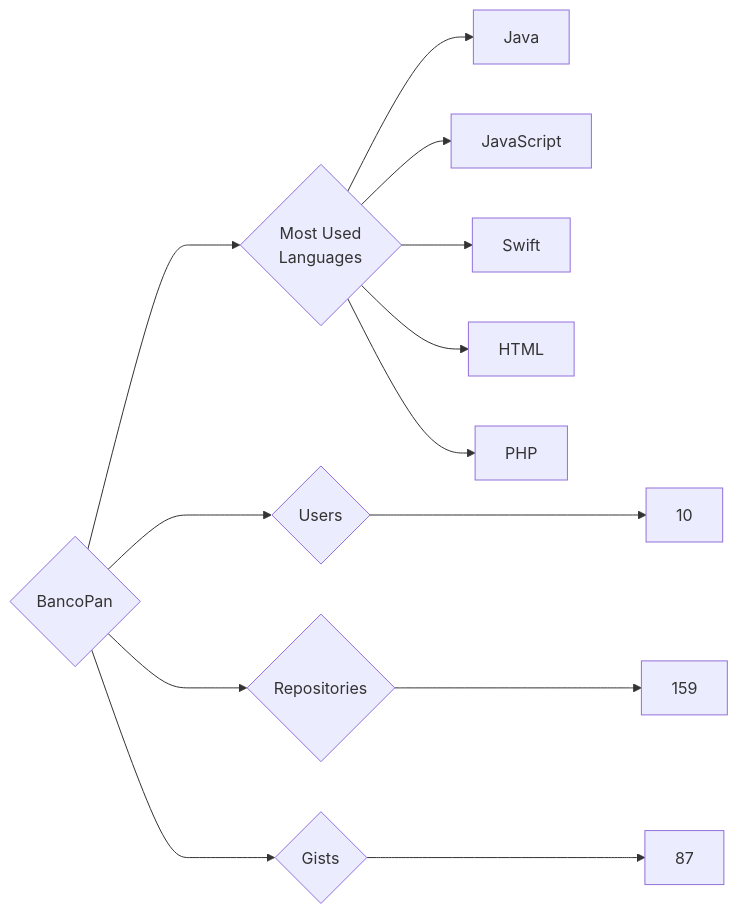
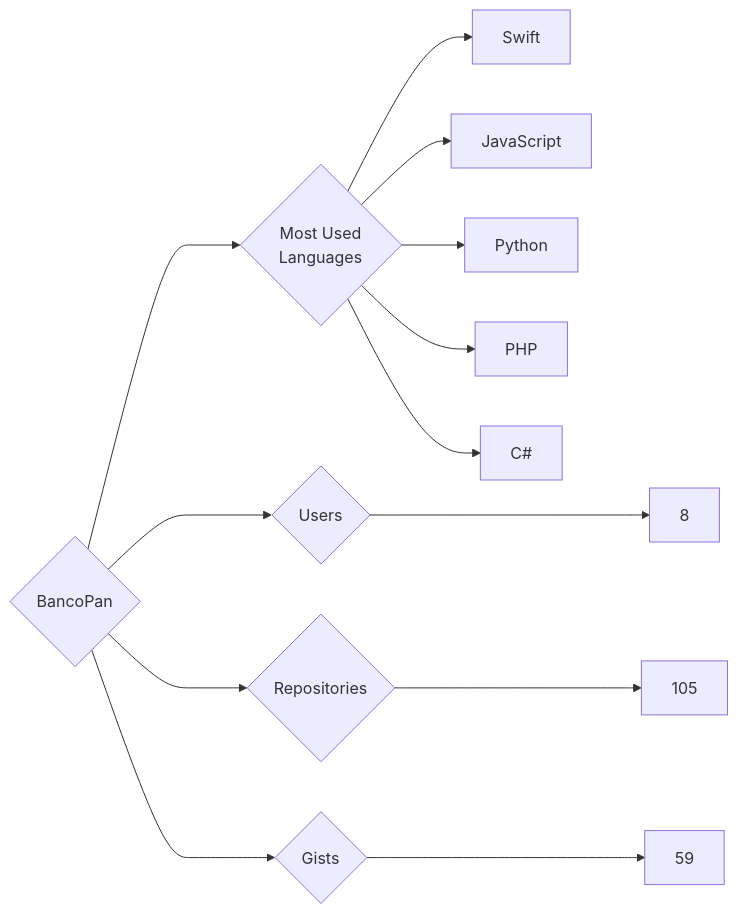
The diagram in targets/BancoPan/README.md (trickest/insiders), drawn with Mermaid before and after one commit. The commit also changed 1149 other files, not shown here.

````diff
--- a/targets/BancoPan/README.md
+++ b/targets/BancoPan/README.md
@@ -3,13 +3,13 @@
 ```mermaid
 graph LR
 COMPANY_NAME{BancoPan}
-COMPANY_NAME ---> U{Users} ---> UN[10]
-COMPANY_NAME ---> R{Repositories} ---> RN[159]
-COMPANY_NAME ---> G{Gists} ---> GN[87]
+COMPANY_NAME ---> U{Users} ---> UN[8]
+COMPANY_NAME ---> R{Repositories} ---> RN[105]
+COMPANY_NAME ---> G{Gists} ---> GN[59]
 COMPANY_NAME ---> ML{Most Used<br>Languages}
-ML --> Java[Java]
+ML --> Swift[Swift]
 ML --> JavaScript[JavaScript]
-ML --> Swift[Swift]
-ML --> HTML[HTML]
+ML --> Python[Python]
 ML --> PHP[PHP]
+ML --> C#[C#]
 ```
````
